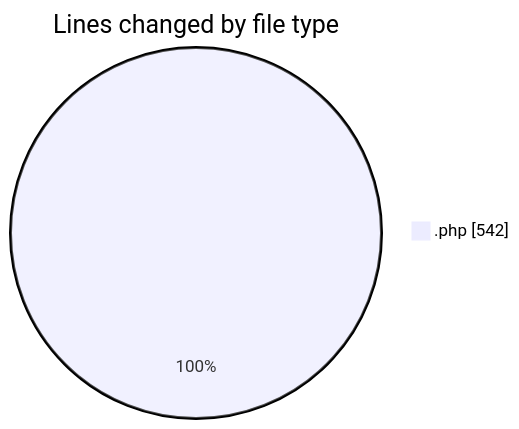
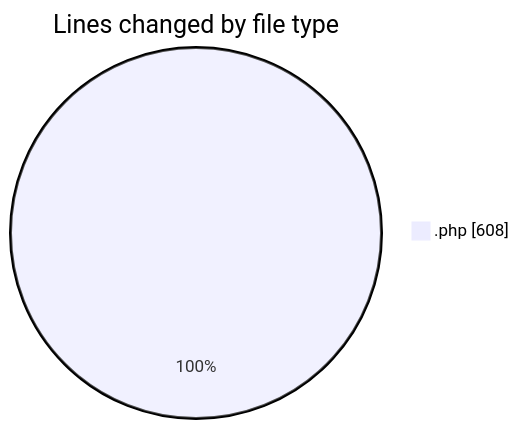
The first of 2 diagrams in 2026-09-15/web/README.md (LanceThiago/code-tracking), drawn with Mermaid before and after one commit. The commit also changed other lines of this file and 1 other file, not shown here.

````diff
--- a/2026-09-15/web/README.md
+++ b/2026-09-15/web/README.md
@@ -22,5 +23,5 @@
 ```mermaid
 pie showData
 title Lines changed by file type
-".php" : 542
+".php" : 608
 ```
````
